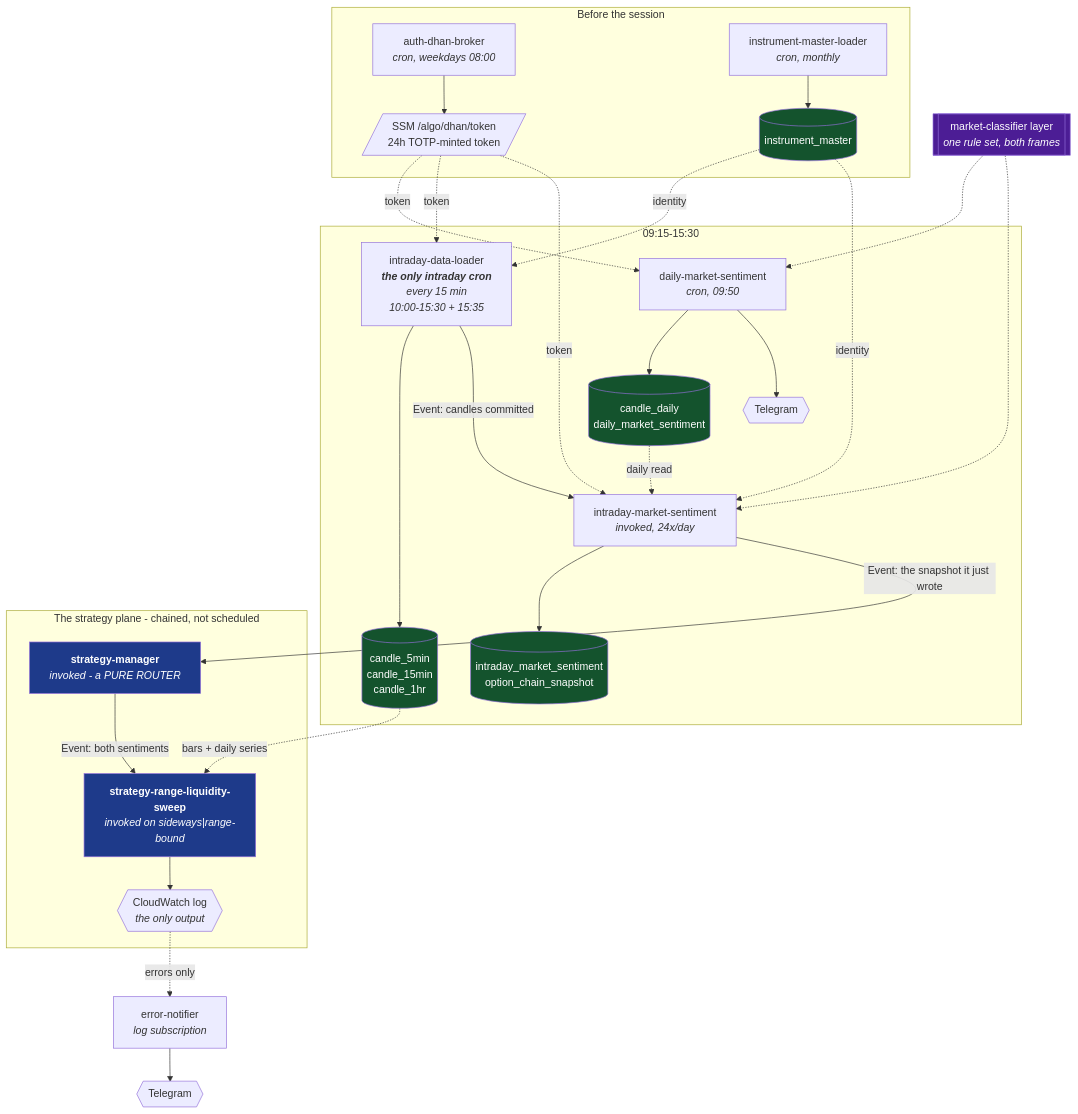
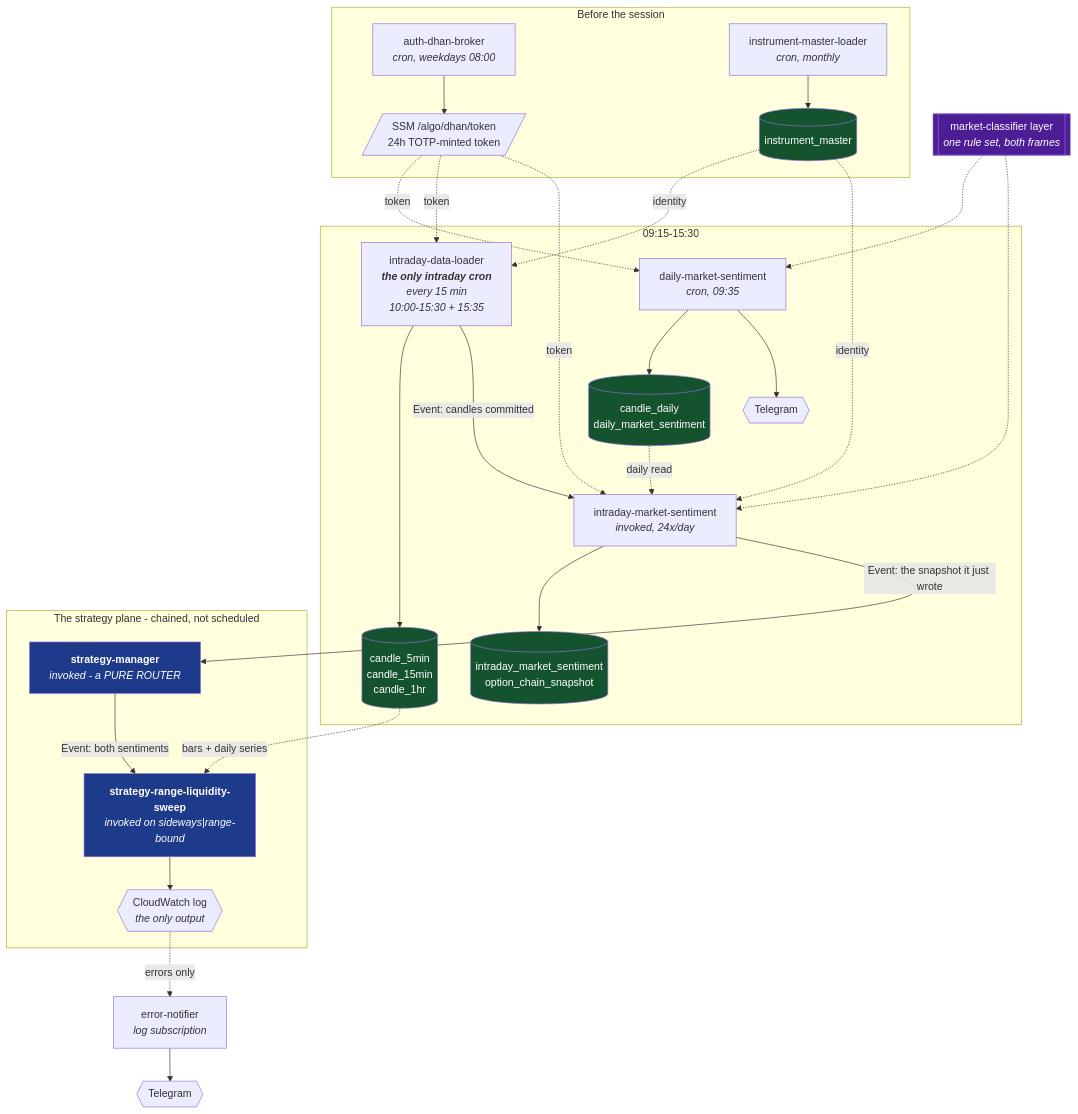
One commit to amar7585/aws-algo-claude changed the first of 7 diagrams in docs/flow.md. Above: the diagram before and after it, drawn with Mermaid. The commit also changed other lines of this file and 38 other files, not shown here.

````diff
--- a/docs/flow.md
+++ b/docs/flow.md
@@ -10,49 +10,49 @@
 ```mermaid
 flowchart TD
     subgraph BEFORE["Before the session"]
         AUTH["auth-dhan-broker<br/><i>cron, weekdays 08:00</i>"] --> SSM[/"SSM /algo/dhan/token<br/>24h TOTP-minted token"/]
         LOADER["instrument-master-loader<br/><i>cron, monthly</i>"] --> IM[("instrument_master")]
     end
 
     subgraph SESSION["09:15-15:30"]
-        DAILY["daily-market-sentiment<br/><i>cron, 09:50</i>"] --> DTBL[("candle_daily<br/>daily_market_sentiment")]
+        DAILY["daily-market-sentiment<br/><i>cron, 09:35</i>"] --> DTBL[("candle_daily<br/>daily_market_sentiment")]
         DAILY --> TG1{{"Telegram"}}
 
         CANDLES["intraday-data-loader<br/><i><b>the only intraday cron</b><br/>every 15 min<br/>10:00-15:30 + 15:35</i>"] --> CTBL[("candle_5min<br/>candle_15min<br/>candle_1hr")]
 
         SENT["intraday-market-sentiment<br/><i>invoked, 24x/day</i>"] --> STBL[("intraday_market_sentiment<br/>option_chain_snapshot")]
     end
 
     subgraph STRAT["The strategy plane - chained, not scheduled"]
         MGR["<b>strategy-manager</b><br/><i>invoked - a PURE ROUTER</i>"]
         SWEEP["<b>strategy-range-liquidity-sweep</b><br/><i>invoked on sideways|range-bound</i>"]
         MGR -->|"Event: both sentiments"| SWEEP
         SWEEP --> LOG{{"CloudWatch log<br/><i>the only output</i>"}}
     end
 
     CANDLES -->|"Event: candles committed"| SENT
     SENT -->|"Event: the snapshot it just wrote"| MGR
 
     SSM -.token.-> DAILY
     SSM -.token.-> CANDLES
     SSM -.token.-> SENT
     CTBL -.bars + daily series.-> SWEEP
     DTBL -.daily read.-> SENT
     IM -.identity.-> CANDLES
     IM -.identity.-> SENT
 
     CLS[["market-classifier layer<br/><i>one rule set, both frames</i>"]]
     CLS -.-> DAILY
     CLS -.-> SENT
     style CLS fill:#4c1d95,color:#fff
 
     ERR["error-notifier<br/><i>log subscription</i>"] --> TG2{{"Telegram"}}
     LOG -.errors only.-> ERR
 
     style STBL fill:#14532d,color:#fff
     style CTBL fill:#14532d,color:#fff
     style DTBL fill:#14532d,color:#fff
     style IM fill:#14532d,color:#fff
     style MGR fill:#1e3a8a,color:#fff
     style SWEEP fill:#1e3a8a,color:#fff
 ```
````
